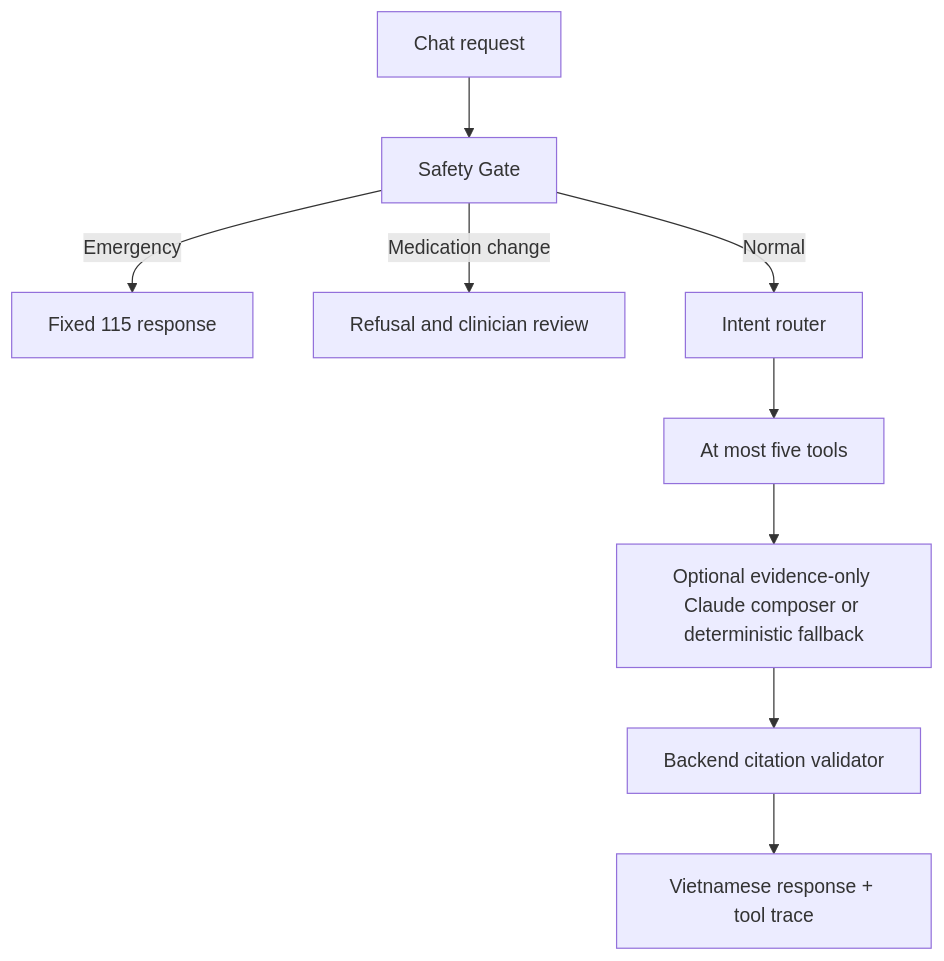
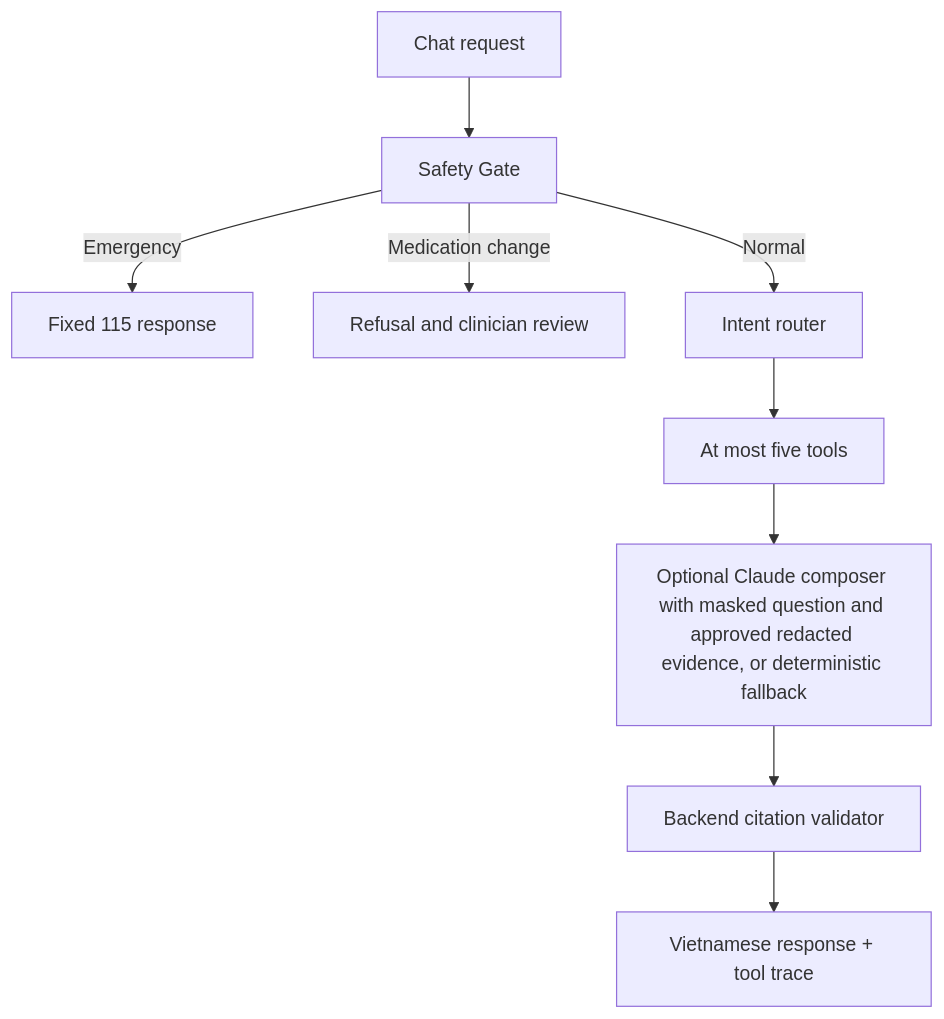
Before and after one commit to Yenvy1612/AIAgent02: the diagram in docs/AGENT_DESIGN.md, drawn with Mermaid. The commit also changed other lines of this file and 13 other files, not shown here.

````diff
--- a/docs/AGENT_DESIGN.md
+++ b/docs/AGENT_DESIGN.md
@@ -3,11 +3,11 @@
 ```mermaid
 flowchart TD
     A[Chat request] --> B[Safety Gate]
     B -->|Emergency| C[Fixed 115 response]
     B -->|Medication change| D[Refusal and clinician review]
     B -->|Normal| E[Intent router]
     E --> F[At most five tools]
-    F --> G[Optional evidence-only Claude composer or deterministic fallback]
+    F --> G[Optional Claude composer with masked question and approved redacted evidence, or deterministic fallback]
     G --> H[Backend citation validator]
     H --> I[Vietnamese response + tool trace]
 ```
````
